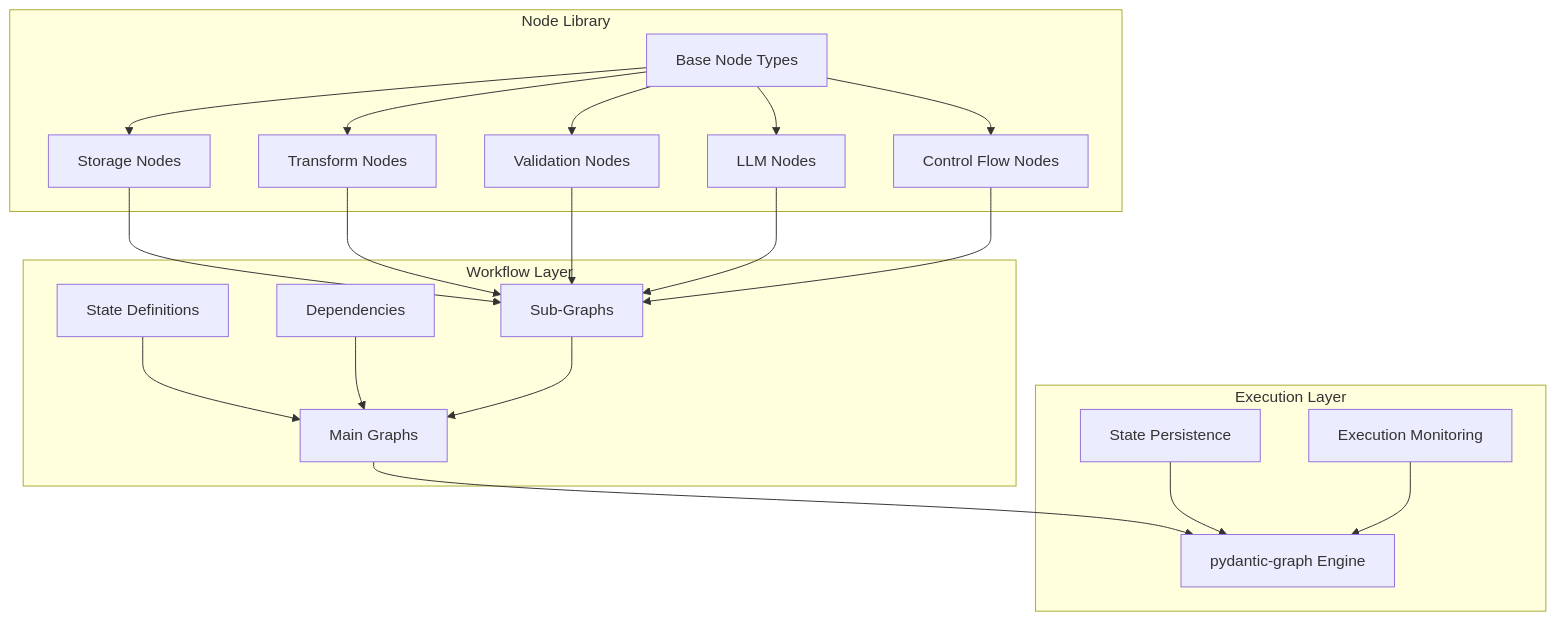
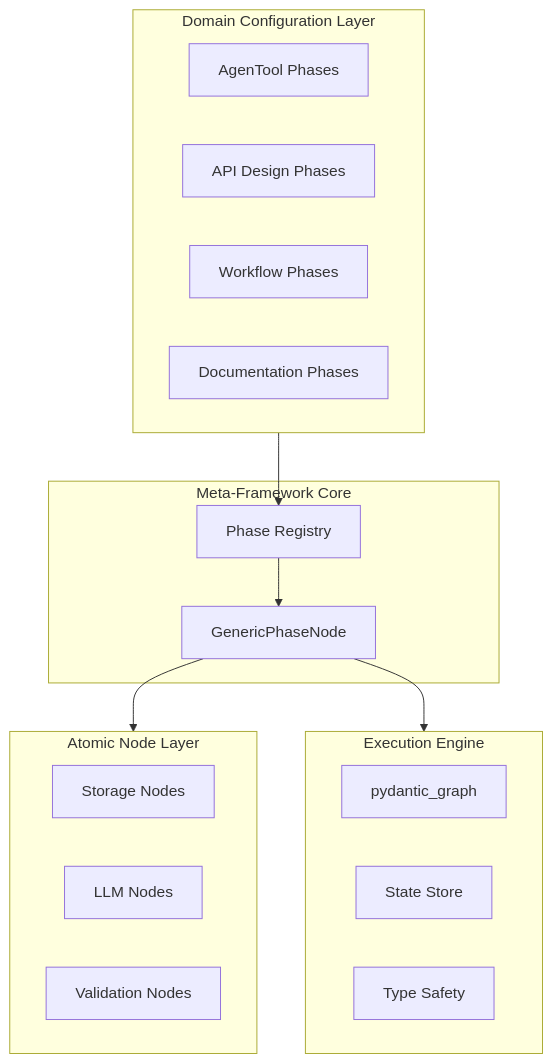
Before and after one commit to fblgit/agentool: the first of 3 diagrams in docs/workflow-graph-system.md, drawn with Mermaid. The commit also changed other lines of this file and 7 other files, not shown here.

Commit message:
Phase 3 Documentation - Refined and with a clear path

````diff
--- a/docs/workflow-graph-system.md
+++ b/docs/workflow-graph-system.md
@@ -103,44 +206,32 @@
 ```mermaid
 graph TB
-    subgraph "Node Library"
-        BaseNodes[Base Node Types]
-        StorageNodes[Storage Nodes]
-        TransformNodes[Transform Nodes]
-        ValidationNodes[Validation Nodes]
-        LLMNodes[LLM Nodes]
-        ControlNodes[Control Flow Nodes]
+    subgraph CONFIG["Domain Configuration Layer"]
+        AgenToolDef[AgenTool Phases]
+        APIDef[API Design Phases] 
+        WorkflowDef[Workflow Phases]
+        DocsDef[Documentation Phases]
     end
     
-    subgraph "Workflow Layer"
-        States[State Definitions]
-        Deps[Dependencies]
-        SubGraphs[Sub-Graphs]
-        MainGraphs[Main Graphs]
+    subgraph CORE["Meta-Framework Core"]
+        PhaseReg[Phase Registry]
+        GenNode[GenericPhaseNode]
     end
     
-    subgraph "Execution Layer"
-        GraphEngine[pydantic-graph Engine]
-        Persistence[State Persistence]
-        Monitoring[Execution Monitoring]
+    subgraph ATOMIC["Atomic Node Layer"]
+        StorageNodes[Storage Nodes]
+        LLMNodes[LLM Nodes]
+        ValidationNodes[Validation Nodes]
     end
     
-    BaseNodes --> StorageNodes
-    BaseNodes --> TransformNodes
-    BaseNodes --> ValidationNodes
-    BaseNodes --> LLMNodes
-    BaseNodes --> ControlNodes
+    subgraph ENGINE["Execution Engine"]
+        GraphEngine[pydantic_graph]
+        StateStore[State Store]
+        TypeSafety[Type Safety]
+    end
     
-    StorageNodes --> SubGraphs
-    TransformNodes --> SubGraphs
-    ValidationNodes --> SubGraphs
-    LLMNodes --> SubGraphs
-    ControlNodes --> SubGraphs
-    
-    States --> MainGraphs
-    Deps --> MainGraphs
-    SubGraphs --> MainGraphs
-    
-    MainGraphs --> GraphEngine
-    Persistence --> GraphEngine
-    Monitoring --> GraphEngine
+    %% Connections
+    CONFIG --> PhaseReg
+    PhaseReg --> GenNode
+    GenNode --> ATOMIC
+    GenNode --> ENGINE
 ```
````
